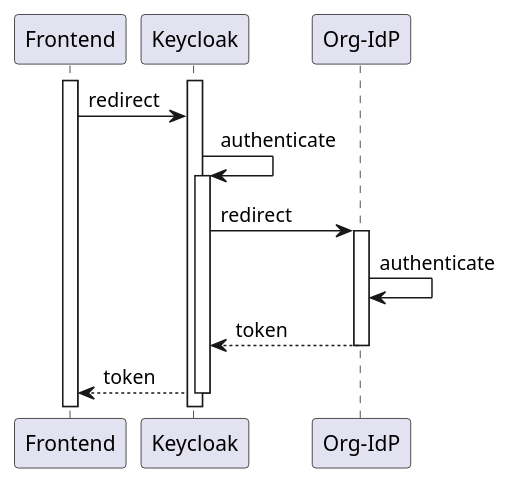
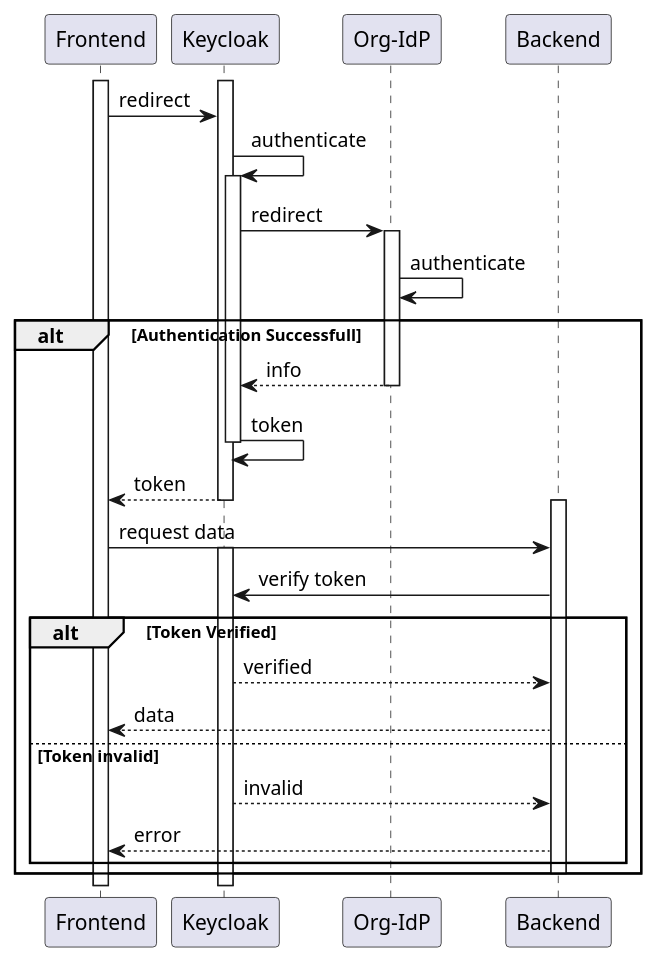
The diagram in sequence_login_org_idp.pu (NI0-Name-Ideas-0/ChronoScope-models), drawn with PlantUML before and after one commit.

Commit message:
Enhance sequence diagram with authentication flows
Added authentication success and token verification flows.

```diff
--- a/sequence_login_org_idp.pu
+++ b/sequence_login_org_idp.pu
@@ -1,14 +1,37 @@
 @startuml
 activate Frontend
 activate Keycloak
 Frontend -> Keycloak : redirect
 Keycloak -> Keycloak : authenticate
 activate Keycloak
 Keycloak -> "Org-IdP" : redirect
 activate "Org-IdP"
 "Org-IdP" -> "Org-IdP" : authenticate
-"Org-IdP" --> Keycloak : token
+
+alt Authentication Successfull
+
+"Org-IdP" --> Keycloak : info
 deactivate "Org-IdP"
+Keycloak -> Keycloak : token
+deactivate Keycloak
 Keycloak --> Frontend : token
 deactivate Keycloak
+
+activate Backend
+Frontend -> Backend : request data
+activate Keycloak
+Backend -> Keycloak : verify token
+
+alt Token Verified
+Keycloak --> Backend : verified
+Backend --> Frontend : data
+else Token invalid
+Keycloak --> Backend : invalid
+Backend --> Frontend : error
+end
+
+deactivate Backend
+
+end
+
 @enduml
```
